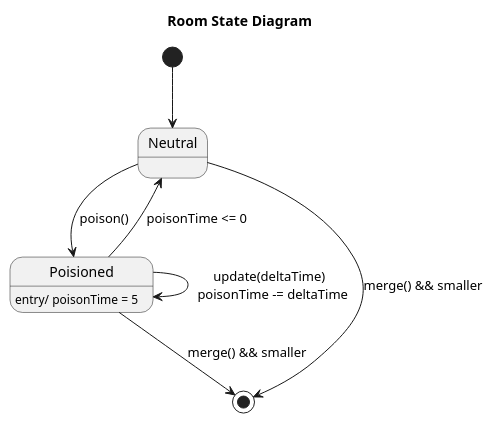
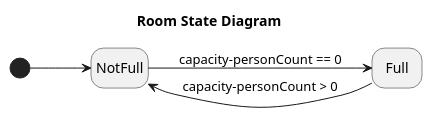
Before and after one commit to sn4k3ch4rm3r/logarlec: the diagram in docs/diagrams/state/room-state.puml, drawn with PlantUML. The commit also changed 9 other files, not shown here.

```diff
--- a/docs/diagrams/state/room-state.puml
+++ b/docs/diagrams/state/room-state.puml
@@ -1,13 +1,9 @@
 @startuml room
 title Room State Diagram
-[*] --> Neutral
-Neutral --> Poisioned: poison()
+hide empty description
+left to right direction
 
-Neutral --> [*]: merge() && smaller
-Poisioned --> [*]: merge() && smaller
-Poisioned --> Poisioned: update(deltaTime) \n poisonTime -= deltaTime
-Poisioned --> Neutral: poisonTime <= 0
-
-Poisioned: entry/ poisonTime = 5
-
+[*] --> NotFull
+NotFull --> Full : capacity-personCount == 0
+Full --> NotFull : capacity-personCount > 0 
 @enduml
```
